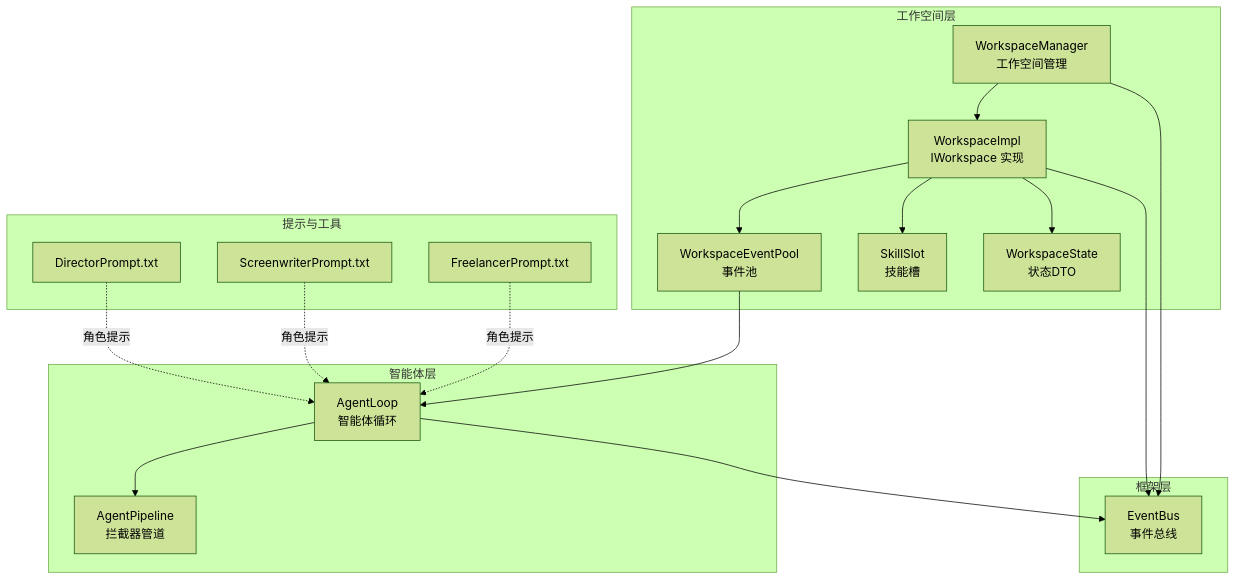
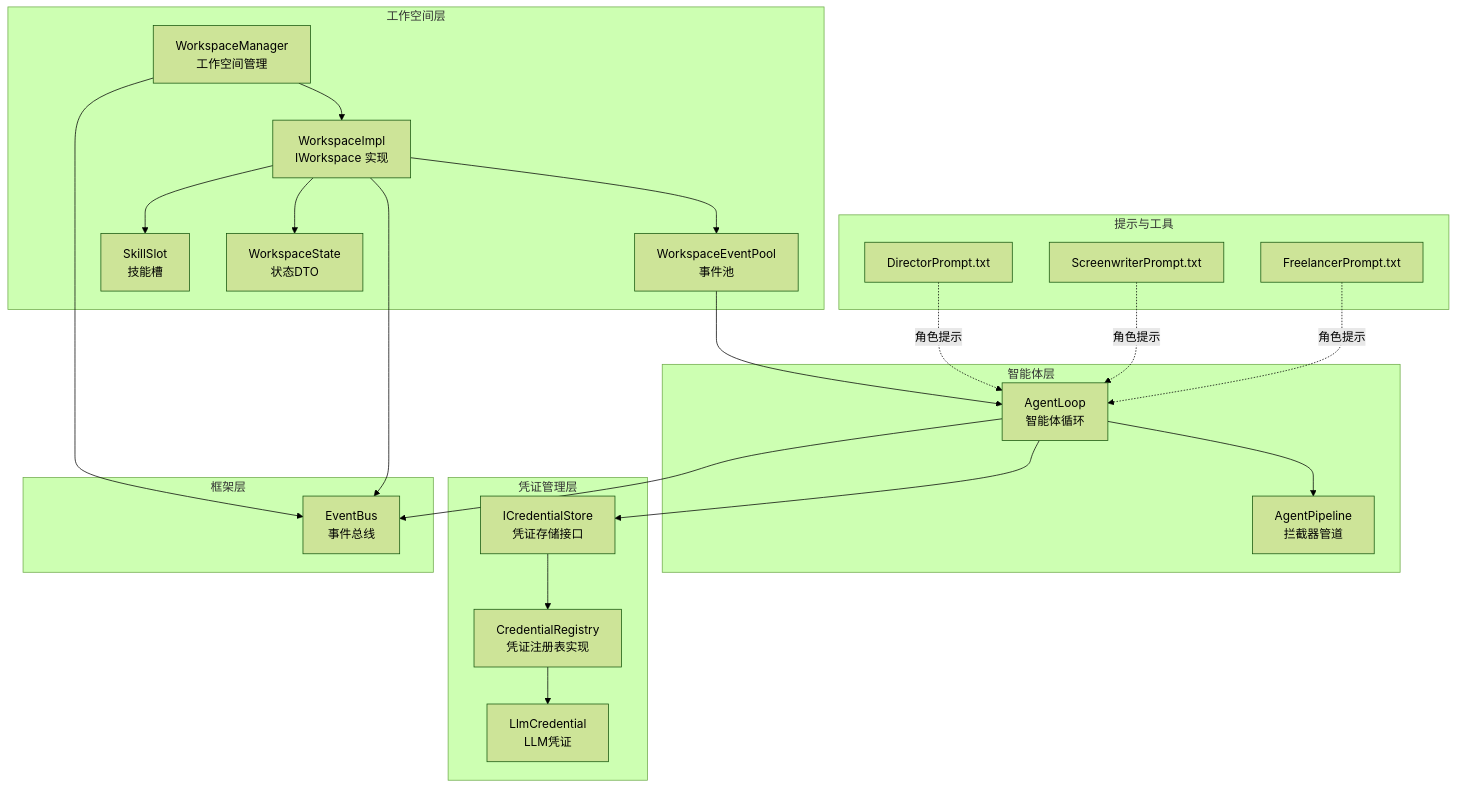
One commit to suzvka/NPCLife changed the first of 6 diagrams in .qoder/repowiki/zh/content/多智能体系统/智能体协作机制.md. Above: the diagram before and after it, drawn with Mermaid (forest theme). The commit also changed other lines of this file and 11 other files, not shown here.

````diff
--- a/.qoder/repowiki/zh/content/多智能体系统/智能体协作机制.md
+++ b/.qoder/repowiki/zh/content/多智能体系统/智能体协作机制.md
@@ -43,34 +56,42 @@
 ```mermaid
 graph TB
 subgraph "工作空间层"
 WS["WorkspaceImpl<br/>IWorkspace 实现"]
 WSM["WorkspaceManager<br/>工作空间管理"]
 WSEventPool["WorkspaceEventPool<br/>事件池"]
 Skill["SkillSlot<br/>技能槽"]
 State["WorkspaceState<br/>状态DTO"]
 end
 subgraph "智能体层"
 Agent["AgentLoop<br/>智能体循环"]
 Pipe["AgentPipeline<br/>拦截器管道"]
+end
+subgraph "凭证管理层"
+ICredStore["ICredentialStore<br/>凭证存储接口"]
+CredRegistry["CredentialRegistry<br/>凭证注册表实现"]
+LlmCred["LlmCredential<br/>LLM凭证"]
 end
 subgraph "框架层"
 Bus["EventBus<br/>事件总线"]
 end
 subgraph "提示与工具"
 DirPrompt["DirectorPrompt.txt"]
 ScrPrompt["ScreenwriterPrompt.txt"]
 FrePrompt["FreelancerPrompt.txt"]
 end
 WSM --> WS
 WS --> WSEventPool
 WS --> Skill
 WS --> State
 WSEventPool --> Agent
 Agent --> Pipe
+Agent --> ICredStore
+ICredStore --> CredRegistry
+CredRegistry --> LlmCred
 Agent --> Bus
 WSM --> Bus
 WS --> Bus
 DirPrompt -. 角色提示 .-> Agent
 ScrPrompt -. 角色提示 .-> Agent
 FrePrompt -. 角色提示 .-> Agent
 ```
````
